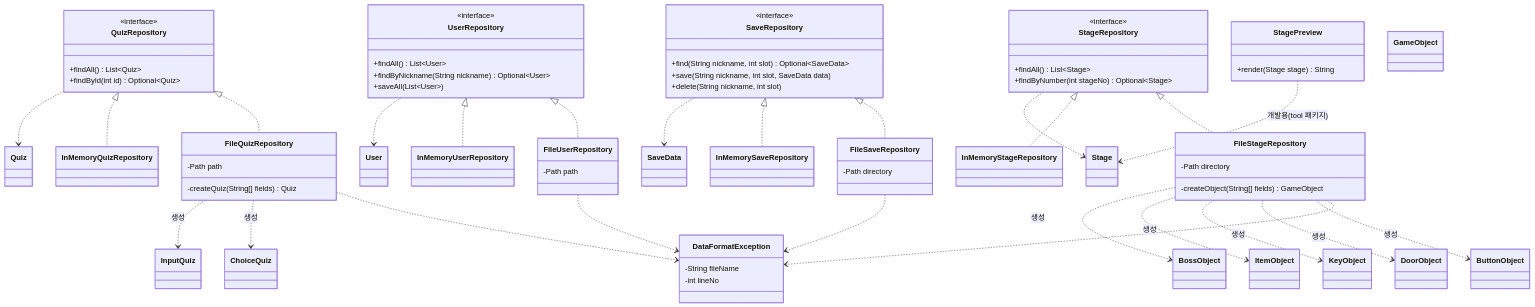
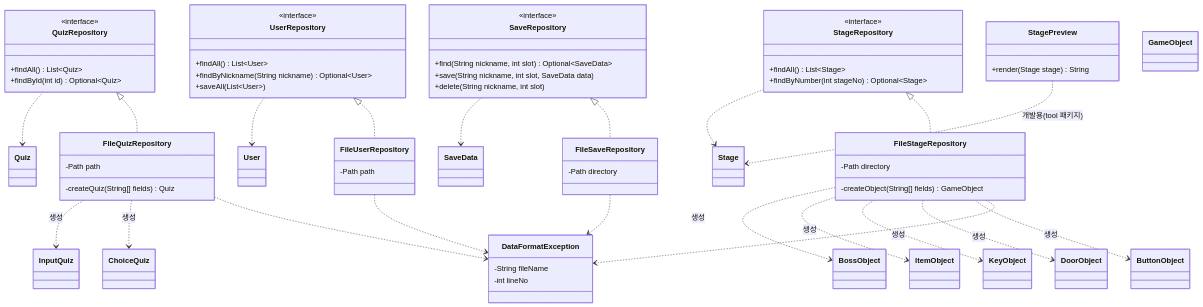
One commit to KGU-Projects/OOP_project changed the second of 4 diagrams in docs/class-diagram.md. Above: the diagram before and after it, drawn with Mermaid. The commit also changed other lines of this file and 9 other files, not shown here.

Commit message:
사용자·세이브·문제 모델 추가: User, SaveData, Quiz 계열(ChoiceQuiz, InputQuiz)

```diff
--- a/docs/class-diagram.md
+++ b/docs/class-diagram.md
@@ -277,10 +280,6 @@
     class FileSaveRepository {
         -Path directory
     }
-    class InMemoryQuizRepository
-    class InMemoryUserRepository
-    class InMemoryStageRepository
-    class InMemorySaveRepository
     class StagePreview {
         +render(Stage stage) String
     }
@@ -290,13 +289,9 @@
     }
 
     QuizRepository <|.. FileQuizRepository
-    QuizRepository <|.. InMemoryQuizRepository
     UserRepository <|.. FileUserRepository
-    UserRepository <|.. InMemoryUserRepository
     StageRepository <|.. FileStageRepository
-    StageRepository <|.. InMemoryStageRepository
     SaveRepository <|.. FileSaveRepository
-    SaveRepository <|.. InMemorySaveRepository
 
     FileQuizRepository ..> DataFormatException
     FileUserRepository ..> DataFormatException
```
